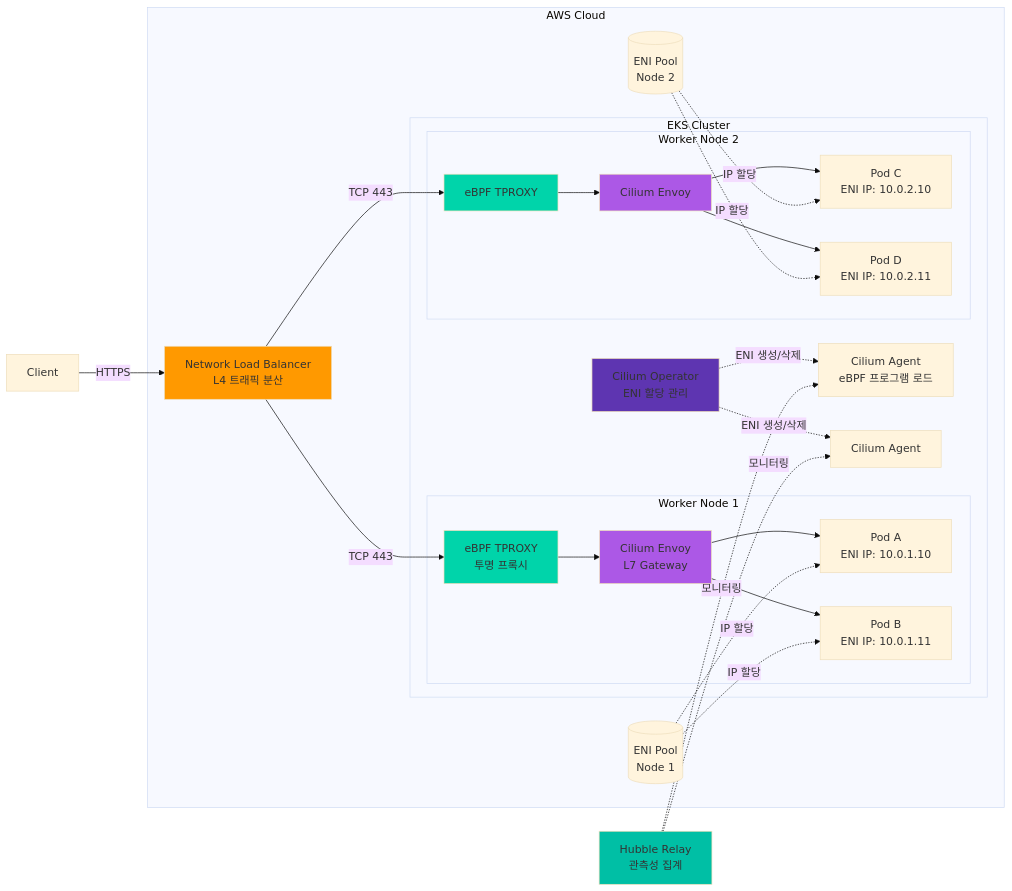
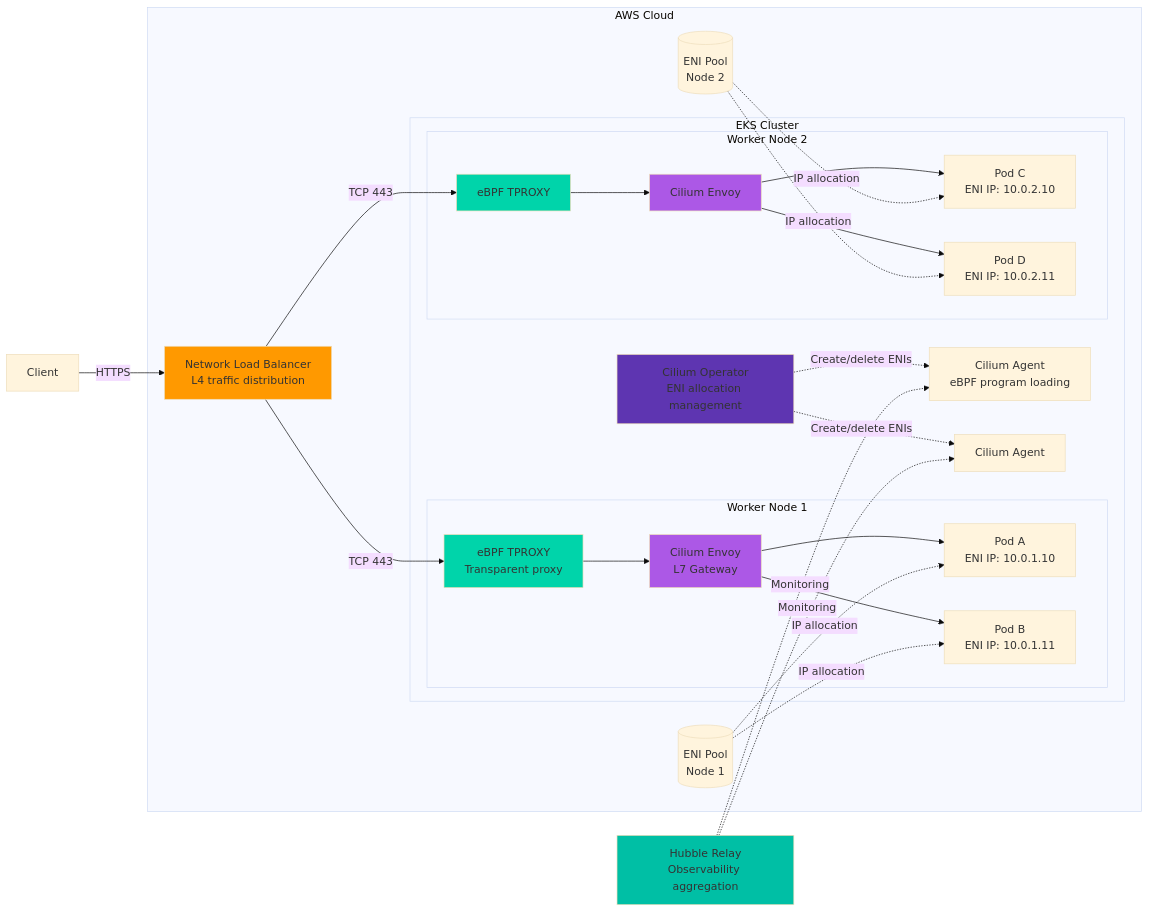
The second of 6 diagrams in docs/eks-best-practices/networking-performance/gateway-api-adoption-guide/cilium-eni-gateway-api.md (devfloor9/engineering-playbook), drawn with Mermaid (base theme) before and after one commit. The commit also changed other lines of this file and 954 other files, not shown here.

````diff
--- a/docs/eks-best-practices/networking-performance/gateway-api-adoption-guide/cilium-eni-gateway-api.md
+++ b/docs/eks-best-practices/networking-performance/gateway-api-adoption-guide/cilium-eni-gateway-api.md
@@ -76,61 +76,61 @@
 ```mermaid
 graph LR
     subgraph "AWS Cloud"
-        NLB[Network Load Balancer<br/>L4 트래픽 분산]
+        NLB[Network Load Balancer<br/>L4 traffic distribution]
 
         subgraph "EKS Cluster"
             subgraph "Worker Node 1"
-                TPROXY1[eBPF TPROXY<br/>투명 프록시]
+                TPROXY1[eBPF TPROXY<br/>Transparent proxy]
                 ENVOY1[Cilium Envoy<br/>L7 Gateway]
                 POD1A[Pod A<br/>ENI IP: 10.0.1.10]
                 POD1B[Pod B<br/>ENI IP: 10.0.1.11]
 
                 TPROXY1 --> ENVOY1
                 ENVOY1 --> POD1A
                 ENVOY1 --> POD1B
             end
 
             subgraph "Worker Node 2"
                 TPROXY2[eBPF TPROXY]
                 ENVOY2[Cilium Envoy]
                 POD2A[Pod C<br/>ENI IP: 10.0.2.10]
                 POD2B[Pod D<br/>ENI IP: 10.0.2.11]
 
                 TPROXY2 --> ENVOY2
                 ENVOY2 --> POD2A
                 ENVOY2 --> POD2B
             end
 
-            OPERATOR[Cilium Operator<br/>ENI 할당 관리]
-            AGENT1[Cilium Agent<br/>eBPF 프로그램 로드]
+            OPERATOR[Cilium Operator<br/>ENI allocation management]
+            AGENT1[Cilium Agent<br/>eBPF program loading]
             AGENT2[Cilium Agent]
 
-            OPERATOR -.->|ENI 생성/삭제| AGENT1
-            OPERATOR -.->|ENI 생성/삭제| AGENT2
+            OPERATOR -.->|Create/delete ENIs| AGENT1
+            OPERATOR -.->|Create/delete ENIs| AGENT2
         end
 
         ENI1[(ENI Pool<br/>Node 1)]
         ENI2[(ENI Pool<br/>Node 2)]
 
         NLB -->|TCP 443| TPROXY1
         NLB -->|TCP 443| TPROXY2
 
-        ENI1 -.->|IP 할당| POD1A
-        ENI1 -.->|IP 할당| POD1B
-        ENI2 -.->|IP 할당| POD2A
-        ENI2 -.->|IP 할당| POD2B
+        ENI1 -.->|IP allocation| POD1A
+        ENI1 -.->|IP allocation| POD1B
+        ENI2 -.->|IP allocation| POD2A
+        ENI2 -.->|IP allocation| POD2B
     end
 
     CLIENT[Client] -->|HTTPS| NLB
 
-    HUBBLE[Hubble Relay<br/>관측성 집계] -.->|모니터링| AGENT1
-    HUBBLE -.->|모니터링| AGENT2
+    HUBBLE[Hubble Relay<br/>Observability aggregation] -.->|Monitoring| AGENT1
+    HUBBLE -.->|Monitoring| AGENT2
 
     style NLB fill:#FF9900
     style TPROXY1 fill:#00D4AA
     style TPROXY2 fill:#00D4AA
     style ENVOY1 fill:#AC58E6
     style ENVOY2 fill:#AC58E6
     style OPERATOR fill:#5E35B1
     style HUBBLE fill:#00BFA5
 ```
````
